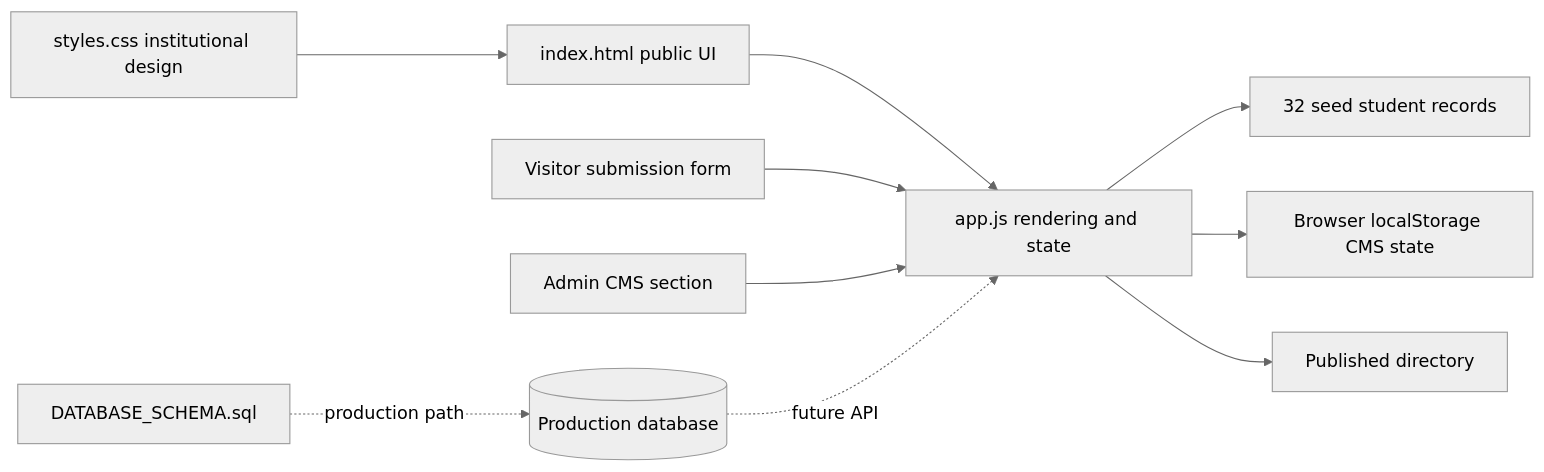
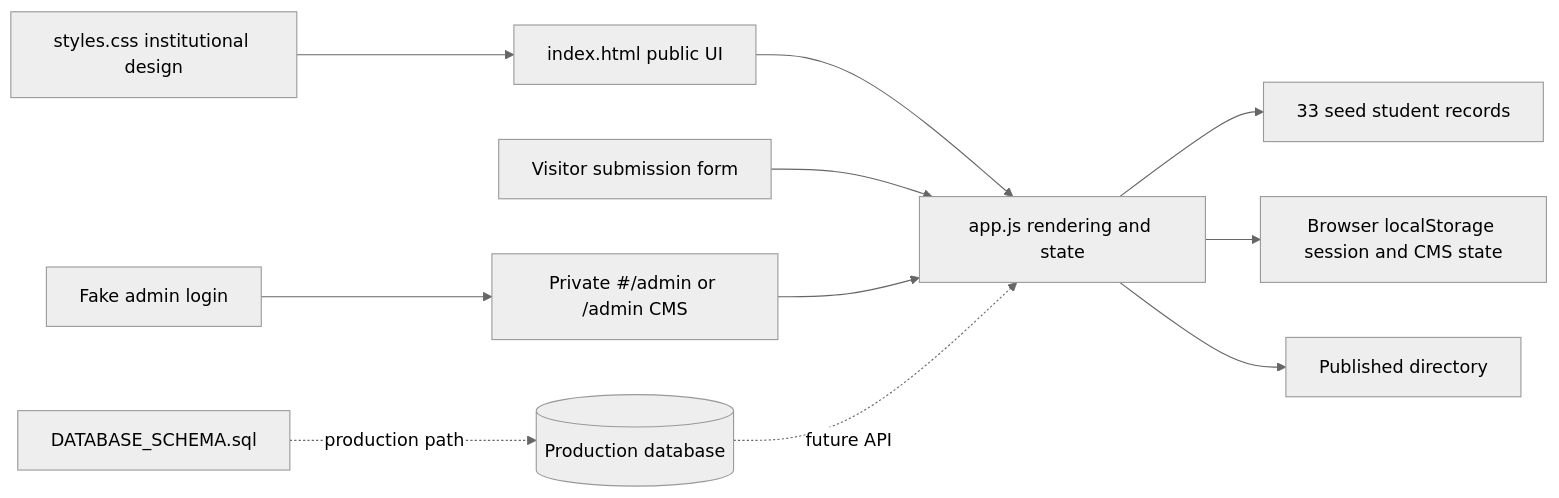
The second of 2 diagrams in .local/docs/README.md (anneryeo/.OJT), drawn with Mermaid (neutral theme) before and after one commit. The commit also changed other lines of this file and 6 other files, not shown here.

````diff
--- a/.local/docs/README.md
+++ b/.local/docs/README.md
@@ -42,12 +48,13 @@
 ```mermaid
 flowchart LR
   UI[index.html public UI] --> JS[app.js rendering and state]
   CSS[styles.css institutional design] --> UI
-  JS --> Seed[32 seed student records]
-  JS --> LocalStorage[Browser localStorage CMS state]
+  JS --> Seed[33 seed student records]
+  JS --> LocalStorage[Browser localStorage session and CMS state]
   Submit[Visitor submission form] --> JS
-  Admin[Admin CMS section] --> JS
+  Admin[Private #/admin or /admin CMS] --> JS
+  Login[Fake admin login] --> Admin
   JS --> Directory[Published directory]
   Schema[DATABASE_SCHEMA.sql] -. production path .-> DB[(Production database)]
   DB -. future API .-> JS
 ```
````
